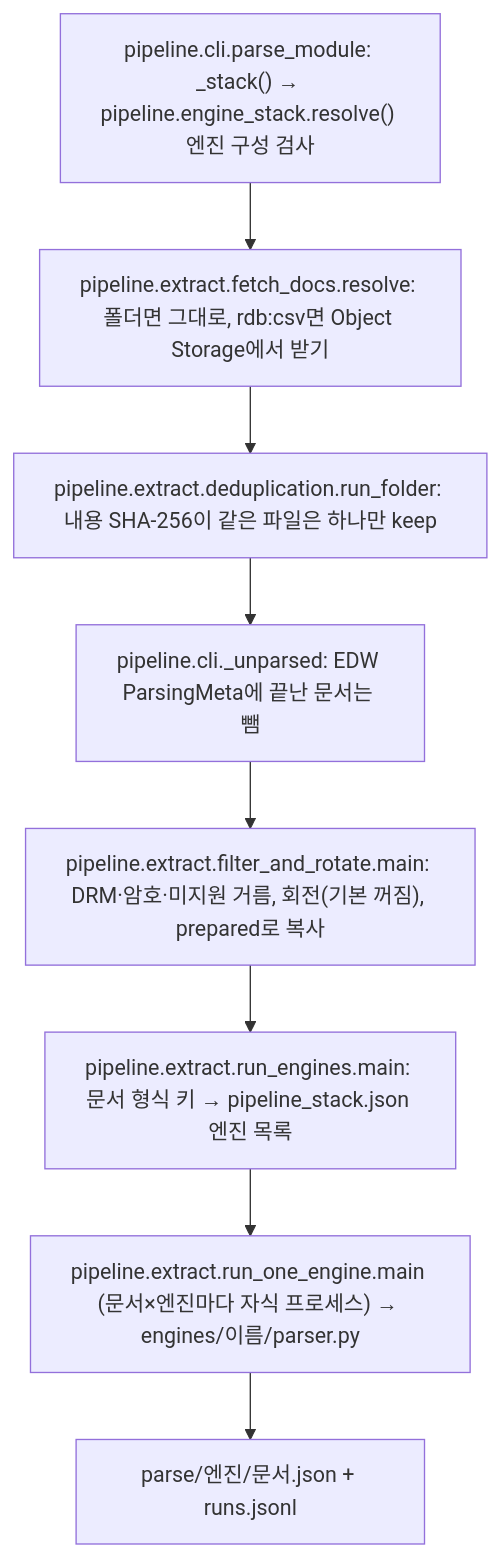
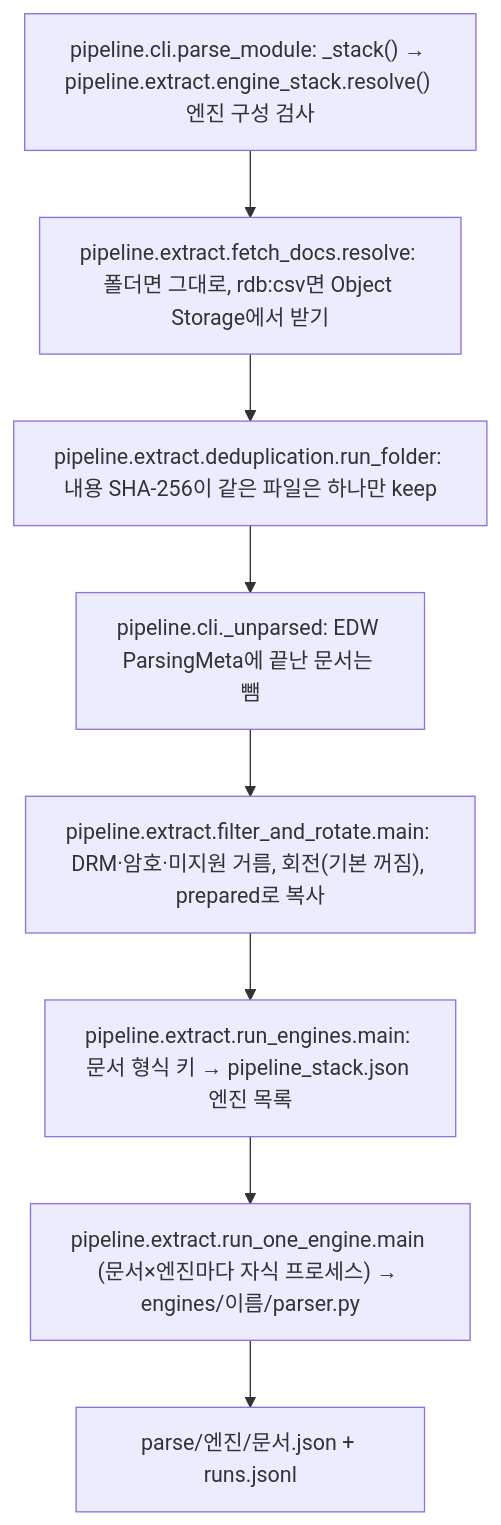
The fourth of 11 diagrams in docs/architecture/parse_flow.md (gigasamba/sbl_data_parsing), drawn with Mermaid before and after one commit. The commit also changed other lines of this file and 8 other files, not shown here.

First line of the commit message:
refactor(pipeline): move engine_stack.py into pipeline/extract (rn-06 A1)

````diff
--- a/docs/architecture/parse_flow.md
+++ b/docs/architecture/parse_flow.md
@@ -117,12 +117,12 @@
 ```mermaid
 flowchart TD
-    S0["pipeline.cli.parse_module: _stack() → pipeline.engine_stack.resolve() 엔진 구성 검사"]
+    S0["pipeline.cli.parse_module: _stack() → pipeline.extract.engine_stack.resolve() 엔진 구성 검사"]
     S1["pipeline.extract.fetch_docs.resolve: 폴더면 그대로, rdb:csv면 Object Storage에서 받기"]
     S2["pipeline.extract.deduplication.run_folder: 내용 SHA-256이 같은 파일은 하나만 keep"]
     S3["pipeline.cli._unparsed: EDW ParsingMeta에 끝난 문서는 뺌"]
     S4["pipeline.extract.filter_and_rotate.main: DRM·암호·미지원 거름, 회전(기본 꺼짐), prepared로 복사"]
     S5["pipeline.extract.run_engines.main: 문서 형식 키 → pipeline_stack.json 엔진 목록"]
     S6["pipeline.extract.run_one_engine.main (문서×엔진마다 자식 프로세스) → engines/이름/parser.py"]
     S7["parse/엔진/문서.json + runs.jsonl"]
     S0 --> S1 --> S2 --> S3 --> S4 --> S5 --> S6 --> S7
 ```
````
